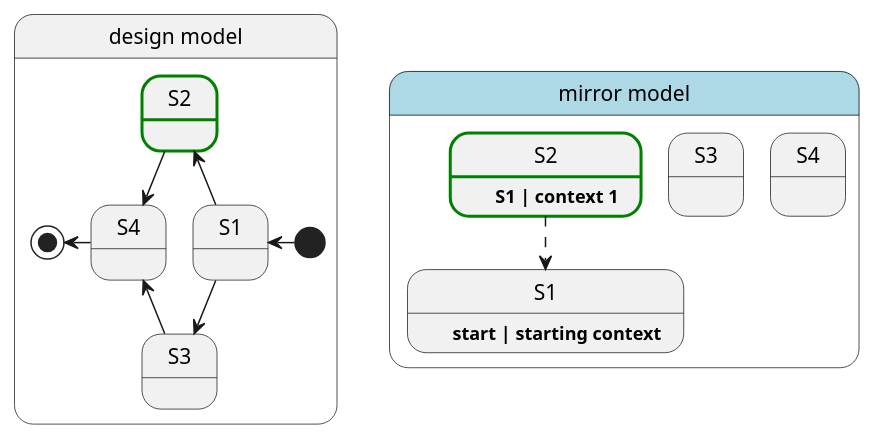
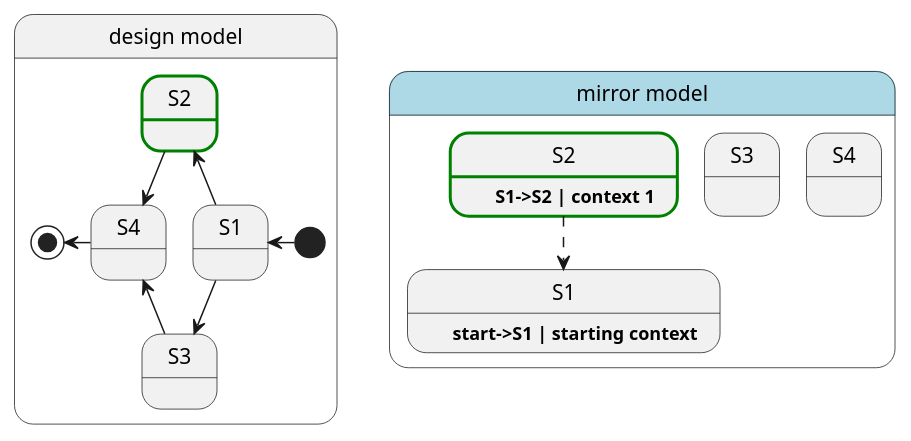
One commit to nemoworks/enkrinojs changed the diagram in docs/diagrams/enkrino3.puml. Above: the diagram before and after it, drawn with PlantUML. The commit also changed 6 other files, not shown here.

```diff
--- a/docs/diagrams/enkrino3.puml
+++ b/docs/diagrams/enkrino3.puml
@@ -1,26 +1,26 @@
 @startuml
 state "design model" as designedmodel {
     state S1 
     state S2 ##[bold]green
     state S3 
     state S4 
 
 
     [*] -left-> S1
     S1 -up-> S2
     S1 -down-> S3
     S2 -down-> S4
     S3 -up-> S4
     S4 -left-> [*]
 }
 
 state "mirror model" as mirror#lightblue{
-    state "S1" as MS1 : \t**start | starting context**
-    state "S2" as MS2 ##[bold]green : \t**S1 | context 1** 
+    state "S1" as MS1 : \t**start->S1 | starting context**
+    state "S2" as MS2 ##[bold]green : \t**S1->S2 | context 1** 
     state "S3" as MS3 : \t
     state "S4" as MS4 : \t
     MS2 -down[dashed]-> MS1
 }
 
 
 @enduml
```
